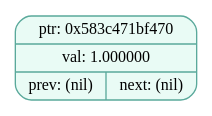
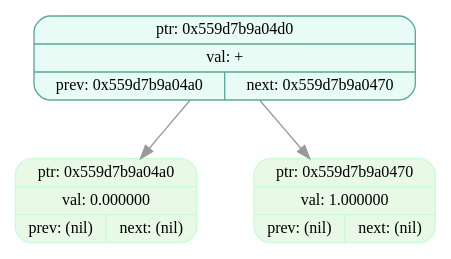
One commit to EvilTomato9890/Difference changed the diagram in dumps/tree_dump_004.dot. Above: the diagram before and after it, drawn with Graphviz. The commit also changed 36 other files, not shown here.

```diff
--- a/dumps/tree_dump_004.dot
+++ b/dumps/tree_dump_004.dot
@@ -1,5 +1,9 @@
 digraph T{
   node [fontname="Fira Mono",shape=record,style="filled,rounded",fontsize=12];
   graph [splines=true, nodesep=0.6, ranksep=0.6];
-  node_0x583c471bf470[shape=record,label="{ {ptr: 0x583c471bf470} | {val: 1.000000} | { prev: (nil) | next: (nil) } }",color="#5aa99b",fillcolor="#e9fbf5"];
+  node_0x559d7b9a04d0[shape=record,label="{ {ptr: 0x559d7b9a04d0} | {val: +} | { prev: 0x559d7b9a04a0 | next: 0x559d7b9a0470 } }",color="#5aa99b",fillcolor="#e9fbf5"];
+  node_0x559d7b9a04a0[shape=record,label="{ {ptr: 0x559d7b9a04a0} | {val: 0.000000} | { prev: (nil) | next: (nil) } }",color="#c9fbdbff",fillcolor="#e8f9e5ff"];
+  node_0x559d7b9a0470[shape=record,label="{ {ptr: 0x559d7b9a0470} | {val: 1.000000} | { prev: (nil) | next: (nil) } }",color="#c9fbdbff",fillcolor="#e8f9e5ff"];
+  node_0x559d7b9a04d0 -> node_0x559d7b9a04a0 [color="#999999"];
+  node_0x559d7b9a04d0 -> node_0x559d7b9a0470 [color="#999999"];
 }
```
